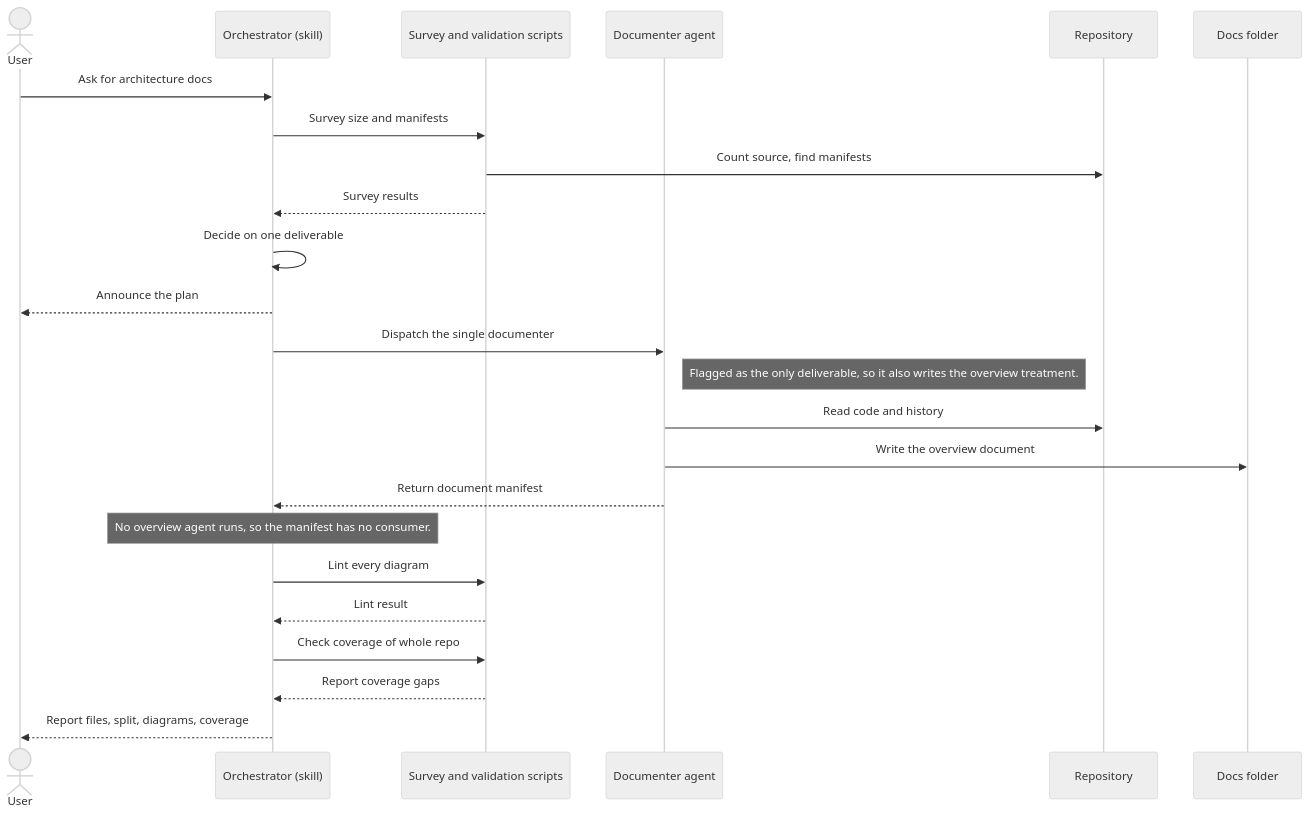
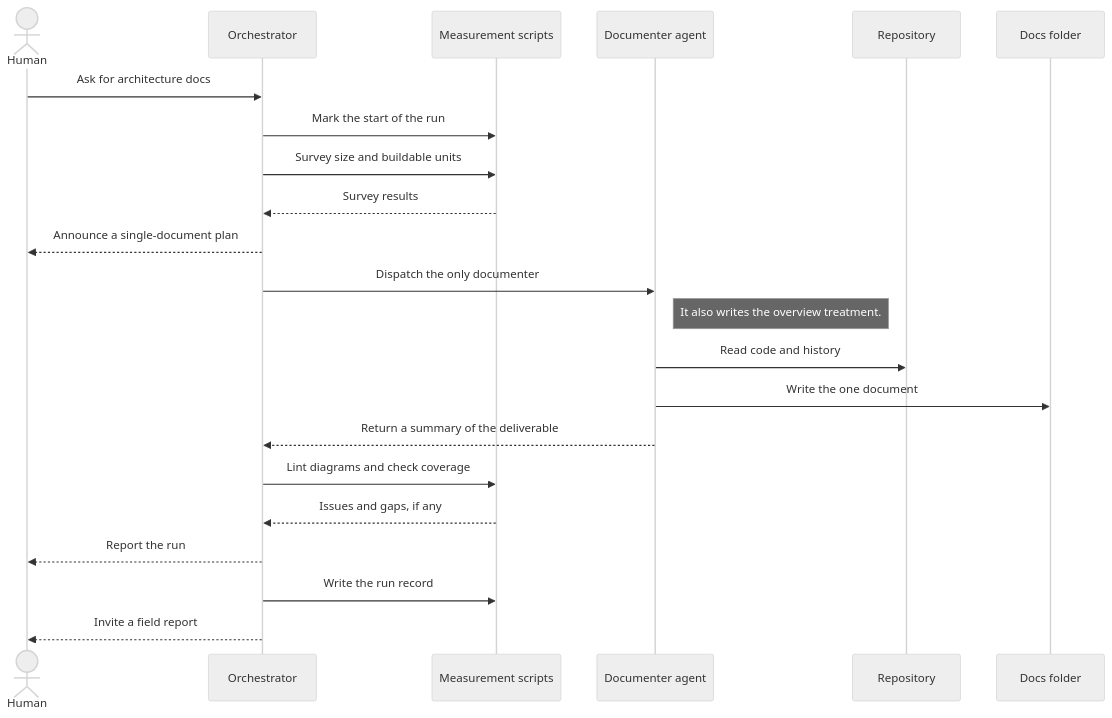
The sixth of 16 diagrams in docs/architecture/arch-docs-tools.md (peterlit/quiller-claude-plugins), drawn with Mermaid (neutral theme) before and after one commit. The commit also changed other lines of this file and 5 other files, not shown here.

````diff
--- a/docs/architecture/arch-docs-tools.md
+++ b/docs/architecture/arch-docs-tools.md
@@ -320,27 +670,25 @@
 ```mermaid
 sequenceDiagram
-  actor User
-  participant Orch as Orchestrator (skill)
-  participant Scripts as Survey and validation scripts
+  actor Human
+  participant Orch as Orchestrator
+  participant Scripts as Measurement scripts
   participant Det as Documenter agent
   participant Repo as Repository
   participant Docs as Docs folder
 
-  User->>Orch: Ask for architecture docs
-  Orch->>Scripts: Survey size and manifests
-  Scripts->>Repo: Count source, find manifests
+  Human->>Orch: Ask for architecture docs
+  Orch->>Scripts: Mark the start of the run
+  Orch->>Scripts: Survey size and buildable units
   Scripts-->>Orch: Survey results
-  Orch->>Orch: Decide on one deliverable
-  Orch-->>User: Announce the plan
-  Orch->>Det: Dispatch the single documenter
-  Note right of Det: Flagged as the only deliverable, so it also writes the overview treatment.
+  Orch-->>Human: Announce a single-document plan
+  Orch->>Det: Dispatch the only documenter
+  Note right of Det: It also writes the overview treatment.
   Det->>Repo: Read code and history
-  Det->>Docs: Write the overview document
-  Det-->>Orch: Return document manifest
-  Note over Orch: No overview agent runs, so the manifest has no consumer.
-  Orch->>Scripts: Lint every diagram
-  Scripts-->>Orch: Lint result
-  Orch->>Scripts: Check coverage of whole repo
-  Scripts-->>Orch: Report coverage gaps
-  Orch-->>User: Report files, split, diagrams, coverage
+  Det->>Docs: Write the one document
+  Det-->>Orch: Return a summary of the deliverable
+  Orch->>Scripts: Lint diagrams and check coverage
+  Scripts-->>Orch: Issues and gaps, if any
+  Orch-->>Human: Report the run
+  Orch->>Scripts: Write the run record
+  Orch-->>Human: Invite a field report
 ```
````
